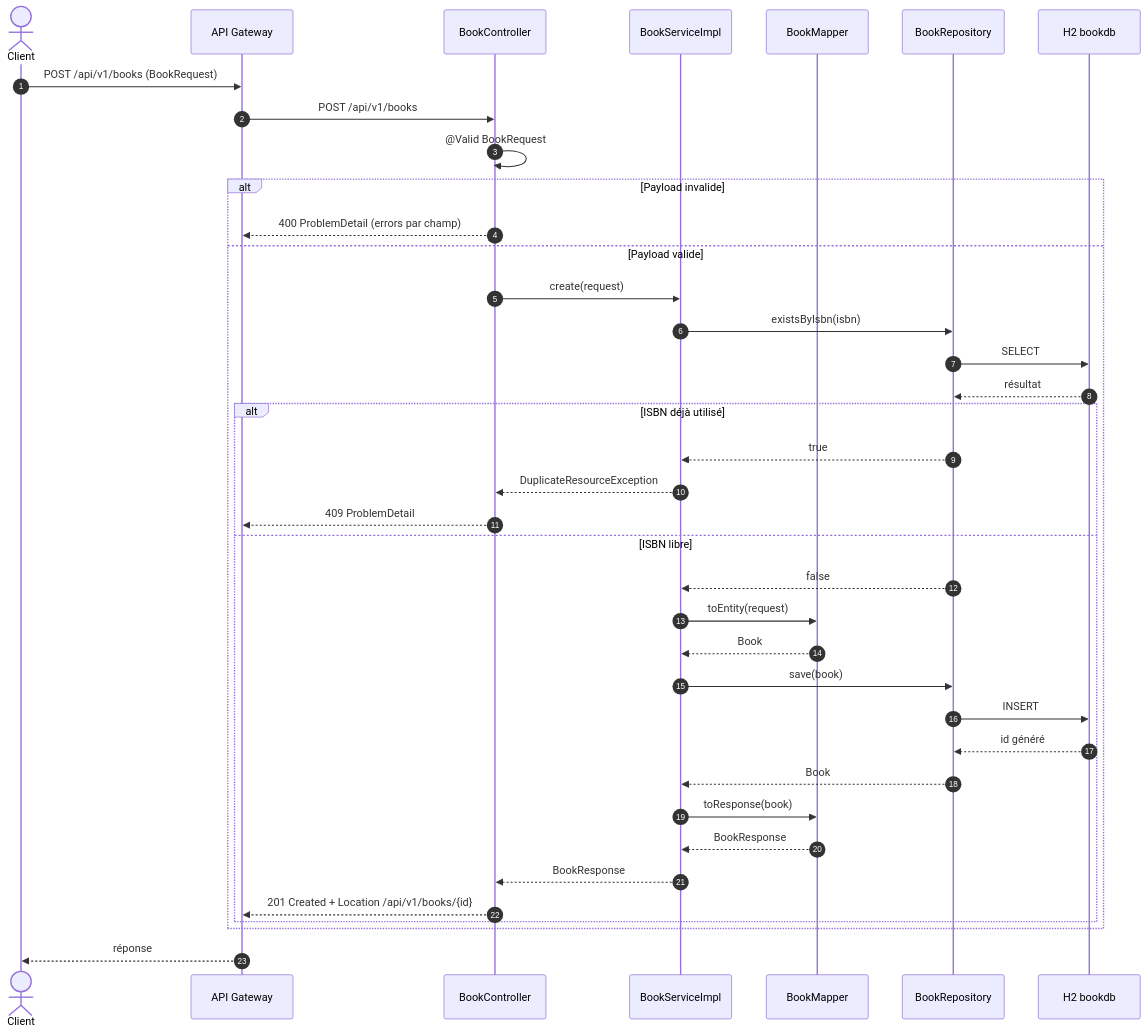
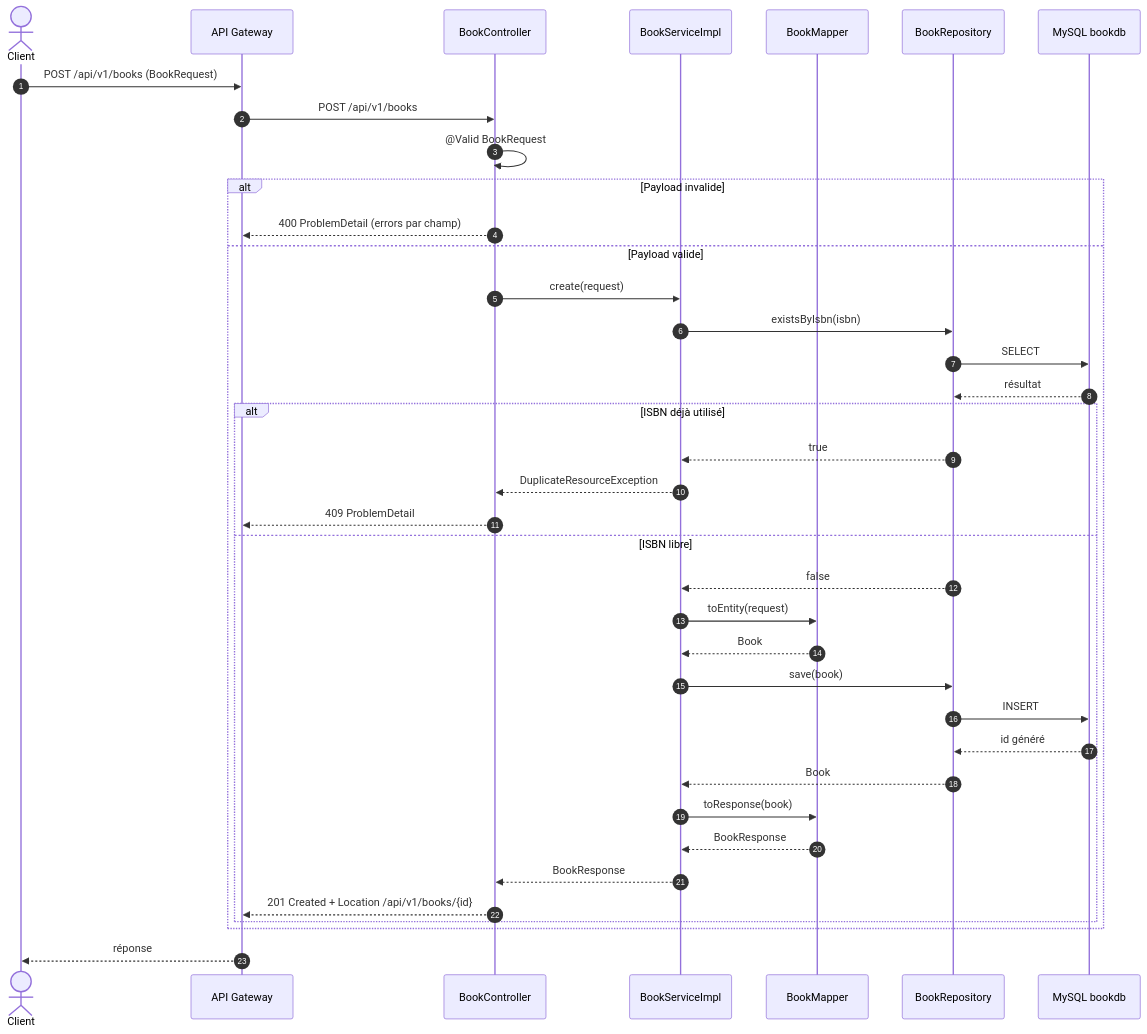
Before and after one commit to touihri6/library-management: the diagram in documentation/diagrams/sequence/create-book.md, drawn with Mermaid. The commit also changed 35 other files, not shown here.

````diff
--- a/documentation/diagrams/sequence/create-book.md
+++ b/documentation/diagrams/sequence/create-book.md
@@ -5,42 +5,42 @@
 ```mermaid
 sequenceDiagram
     autonumber
     actor C as Client
     participant GW as API Gateway
     participant CT as BookController
     participant SV as BookServiceImpl
     participant MP as BookMapper
     participant RP as BookRepository
-    participant DB as H2 bookdb
+    participant DB as MySQL bookdb
 
     C->>GW: POST /api/v1/books (BookRequest)
     GW->>CT: POST /api/v1/books
     CT->>CT: @Valid BookRequest
 
     alt Payload invalide
         CT-->>GW: 400 ProblemDetail (errors par champ)
     else Payload valide
         CT->>SV: create(request)
         SV->>RP: existsByIsbn(isbn)
         RP->>DB: SELECT
         DB-->>RP: résultat
         alt ISBN déjà utilisé
             RP-->>SV: true
             SV-->>CT: DuplicateResourceException
             CT-->>GW: 409 ProblemDetail
         else ISBN libre
             RP-->>SV: false
             SV->>MP: toEntity(request)
             MP-->>SV: Book
             SV->>RP: save(book)
             RP->>DB: INSERT
             DB-->>RP: id généré
             RP-->>SV: Book
             SV->>MP: toResponse(book)
             MP-->>SV: BookResponse
             SV-->>CT: BookResponse
             CT-->>GW: 201 Created + Location /api/v1/books/{id}
         end
     end
     GW-->>C: réponse
 ```
````
